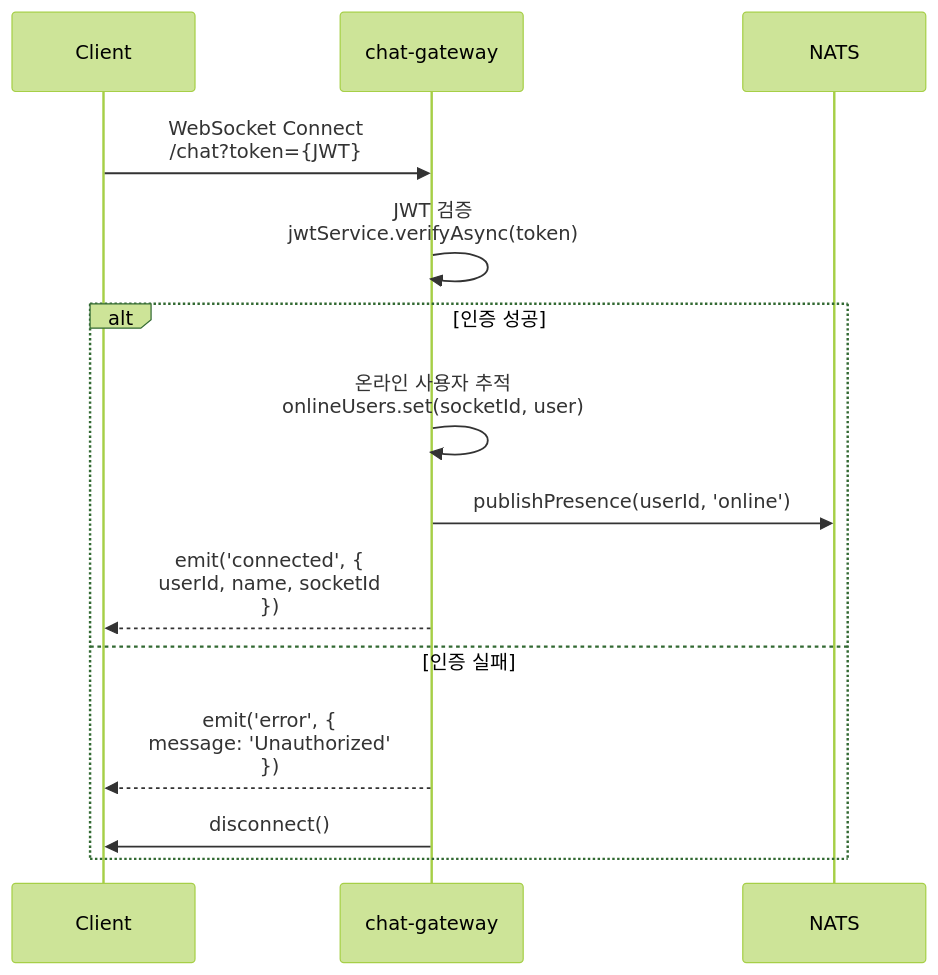
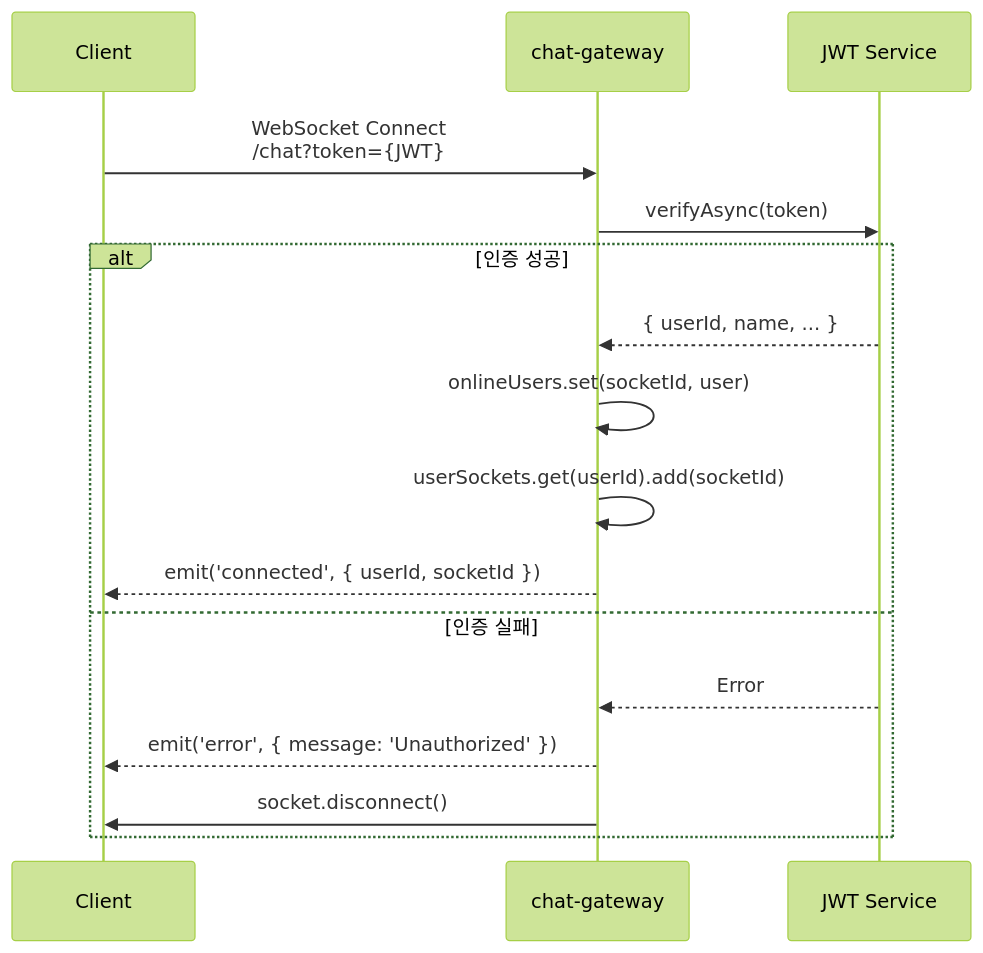
Before and after one commit to uniyous/parkgolf-platform: the sixth of 28 diagrams in docs/CHAT_WORKFLOW.md, drawn with Mermaid (forest theme). The commit also changed other lines of this file and 2 other files, not shown here.

First line of the commit message:
refactor(user-app-ios): AppDelegate를 ParkGolfApp.swift에 통합 및 docs 업데이트

````diff
--- a/docs/CHAT_WORKFLOW.md
+++ b/docs/CHAT_WORKFLOW.md
@@ -302,19 +169,21 @@
 ```mermaid
 sequenceDiagram
     participant Client
     participant Gateway as chat-gateway
-    participant NATS
+    participant JWT as JWT Service
 
     Client->>Gateway: WebSocket Connect<br/>/chat?token={JWT}
 
-    Gateway->>Gateway: JWT 검증<br/>jwtService.verifyAsync(token)
+    Gateway->>JWT: verifyAsync(token)
 
     alt 인증 성공
-        Gateway->>Gateway: 온라인 사용자 추적<br/>onlineUsers.set(socketId, user)
-        Gateway->>NATS: publishPresence(userId, 'online')
-        Gateway-->>Client: emit('connected', {<br/>  userId, name, socketId<br/>})
+        JWT-->>Gateway: { userId, name, ... }
+        Gateway->>Gateway: onlineUsers.set(socketId, user)
+        Gateway->>Gateway: userSockets.get(userId).add(socketId)
+        Gateway-->>Client: emit('connected', { userId, socketId })
     else 인증 실패
-        Gateway-->>Client: emit('error', {<br/>  message: 'Unauthorized'<br/>})
-        Gateway->>Client: disconnect()
+        JWT-->>Gateway: Error
+        Gateway-->>Client: emit('error', { message: 'Unauthorized' })
+        Gateway->>Client: socket.disconnect()
     end
 ```
````
